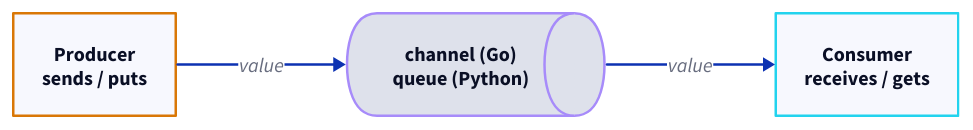
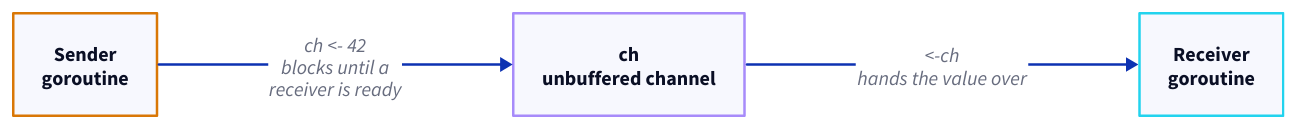
One commit to michael-duren/rubber-duck changed the second of 2 diagrams in courses/intro-to-concurrency-go.md. Above: the diagram before and after it, drawn with D2. The commit also changed other lines of this file and 29 other files, not shown here.

````diff
--- a/courses/intro-to-concurrency-go.md
+++ b/courses/intro-to-concurrency-go.md
@@ -165,22 +174,21 @@
 ```d2
 direction: right
 
-producer: "Producer\nsends / puts" {
+sender: "Sender\ngoroutine" {
   style.stroke: "#d97706"
   style.stroke-width: 2
 }
 
-chan: "channel (Go)\nqueue (Python)" {
-  shape: queue
+ch: "ch\nunbuffered channel" {
   style.stroke: "#a78bfa"
   style.stroke-width: 2
 }
 
-consumer: "Consumer\nreceives / gets" {
+receiver: "Receiver\ngoroutine" {
   style.stroke: "#22d3ee"
   style.stroke-width: 2
 }
 
-producer -> chan: "value"
-chan -> consumer: "value"
+sender -> ch: "ch <- 42\nblocks until a\nreceiver is ready"
+ch -> receiver: "<-ch\nhands the value over"
 ```
````
